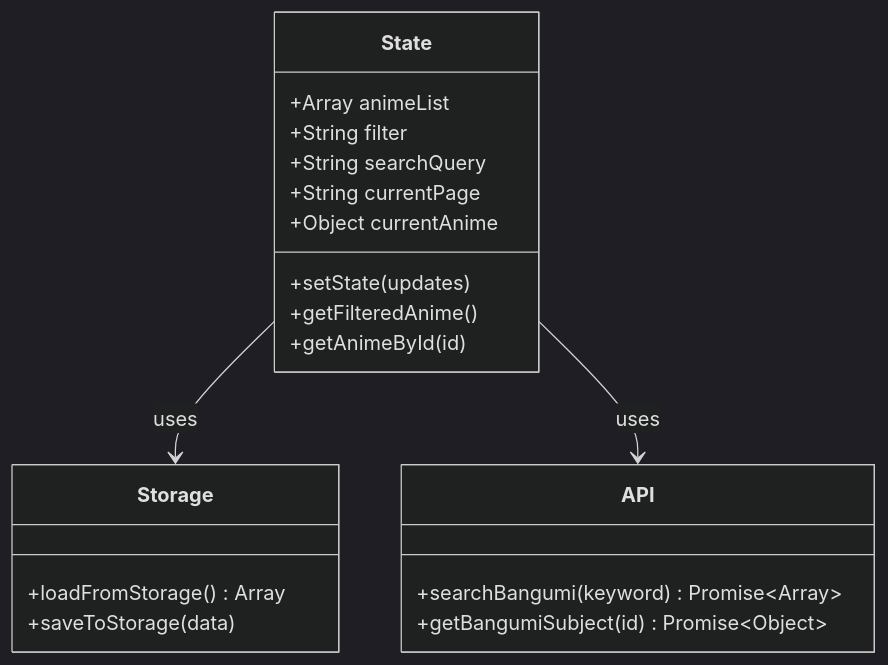
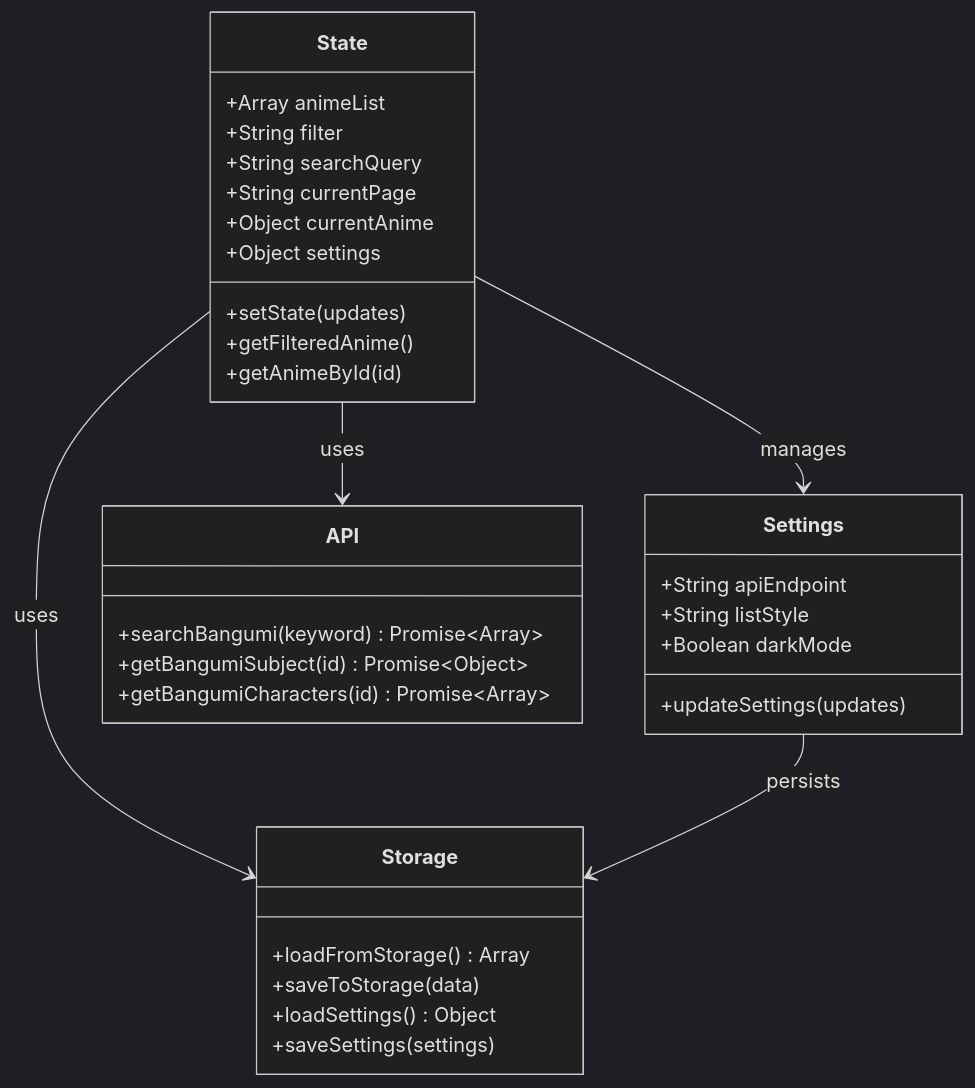
The sixth of 12 diagrams in .qoder/repowiki/zh/content/核心功能模块/Bangumi API集成.md (KAGUYA284/anima-list), drawn with Mermaid (dark theme) before and after one commit. The commit also changed other lines of this file and 17 other files, not shown here.

````diff
--- a/.qoder/repowiki/zh/content/核心功能模块/Bangumi API集成.md
+++ b/.qoder/repowiki/zh/content/核心功能模块/Bangumi API集成.md
@@ -264,23 +304,35 @@
 ```mermaid
 classDiagram
 class State {
 +Array animeList
 +String filter
 +String searchQuery
 +String currentPage
 +Object currentAnime
++Object settings
 +setState(updates)
 +getFilteredAnime()
 +getAnimeById(id)
 }
+class Settings {
++String apiEndpoint
++String listStyle
++Boolean darkMode
++updateSettings(updates)
+}
 class Storage {
 +loadFromStorage() Array
 +saveToStorage(data)
++loadSettings() Object
++saveSettings(settings)
 }
 class API {
 +searchBangumi(keyword) Promise~Array~
 +getBangumiSubject(id) Promise~Object~
++getBangumiCharacters(id) Promise~Array~
 }
 State --> Storage : uses
 State --> API : uses
+State --> Settings : manages
+Settings --> Storage : persists
 ```
````
